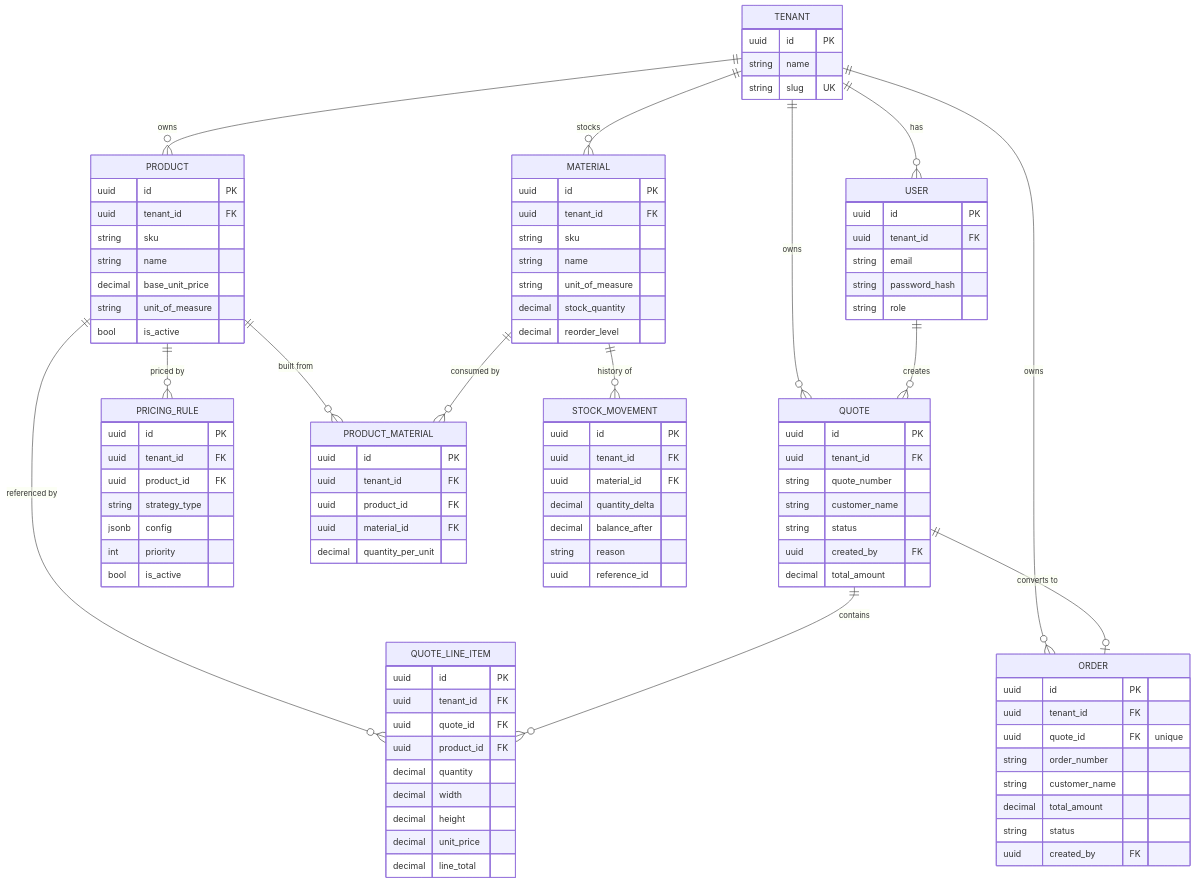
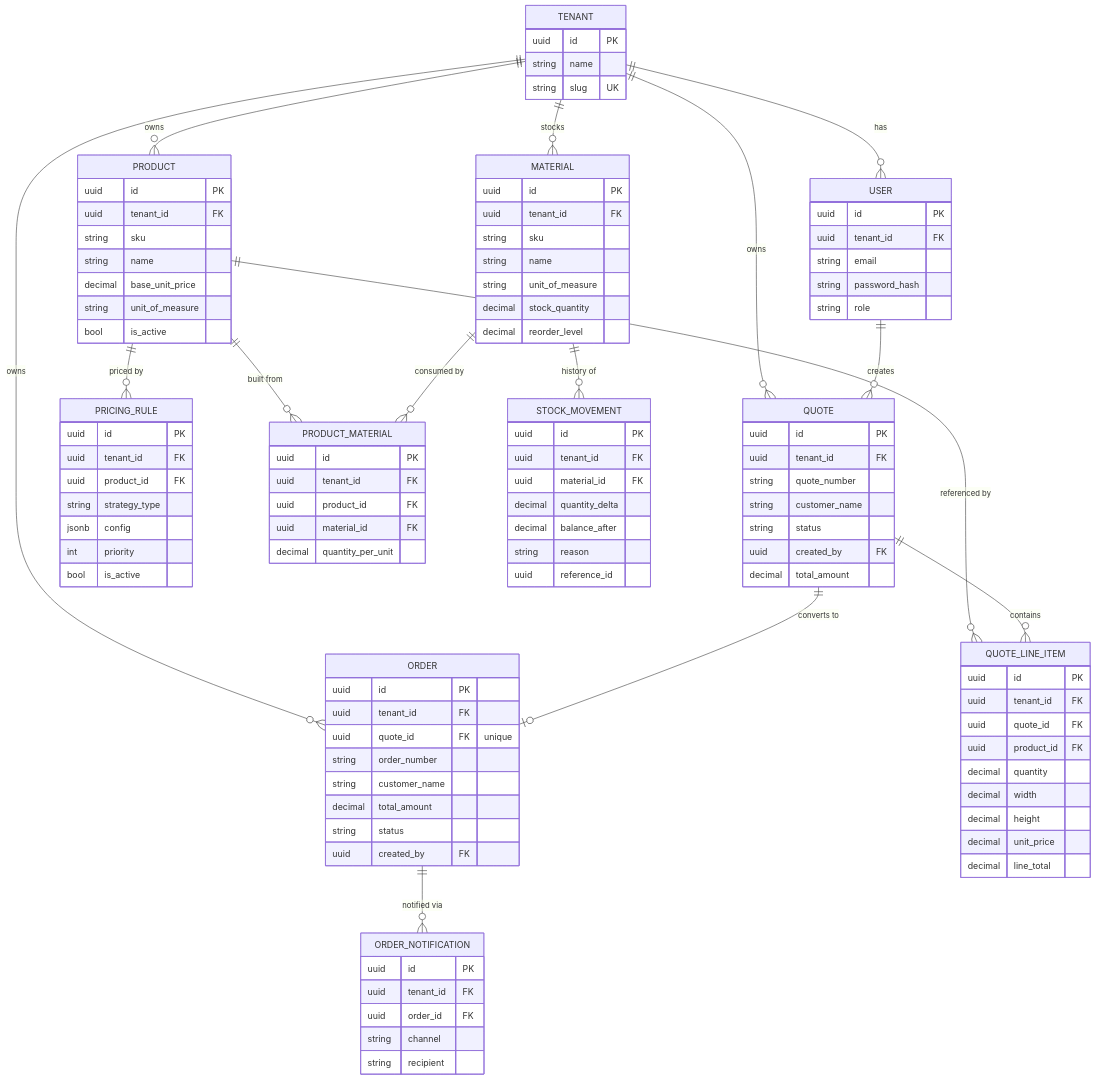
One commit to UygarGokcen/forgeflow changed the diagram in README.md. Above: the diagram before and after it, drawn with Mermaid. The commit also changed other lines of this file and 10 other files, not shown here.

````diff
--- a/README.md
+++ b/README.md
@@ -201,6 +219,7 @@
     PRODUCT ||--o{ PRODUCT_MATERIAL : "built from"
     MATERIAL ||--o{ PRODUCT_MATERIAL : "consumed by"
     MATERIAL ||--o{ STOCK_MOVEMENT : "history of"
+    ORDER ||--o{ ORDER_NOTIFICATION : "notified via"
     QUOTE ||--o{ QUOTE_LINE_ITEM : contains
     QUOTE ||--o| ORDER : "converts to"
     USER ||--o{ QUOTE : creates
@@ -290,4 +309,11 @@
         string reason
         uuid reference_id
     }
+    ORDER_NOTIFICATION {
+        uuid id PK
+        uuid tenant_id FK
+        uuid order_id FK
+        string channel
+        string recipient
+    }
 ```
````
